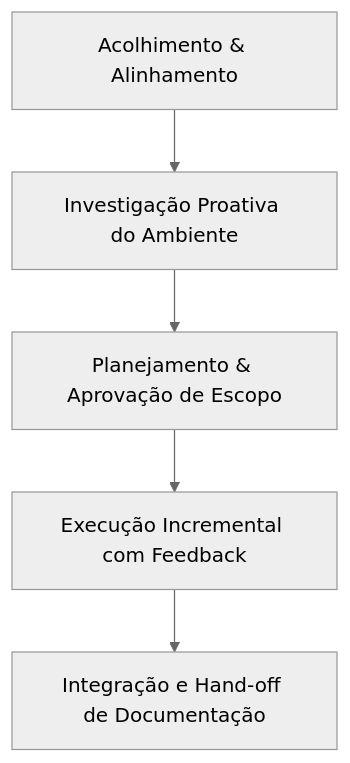
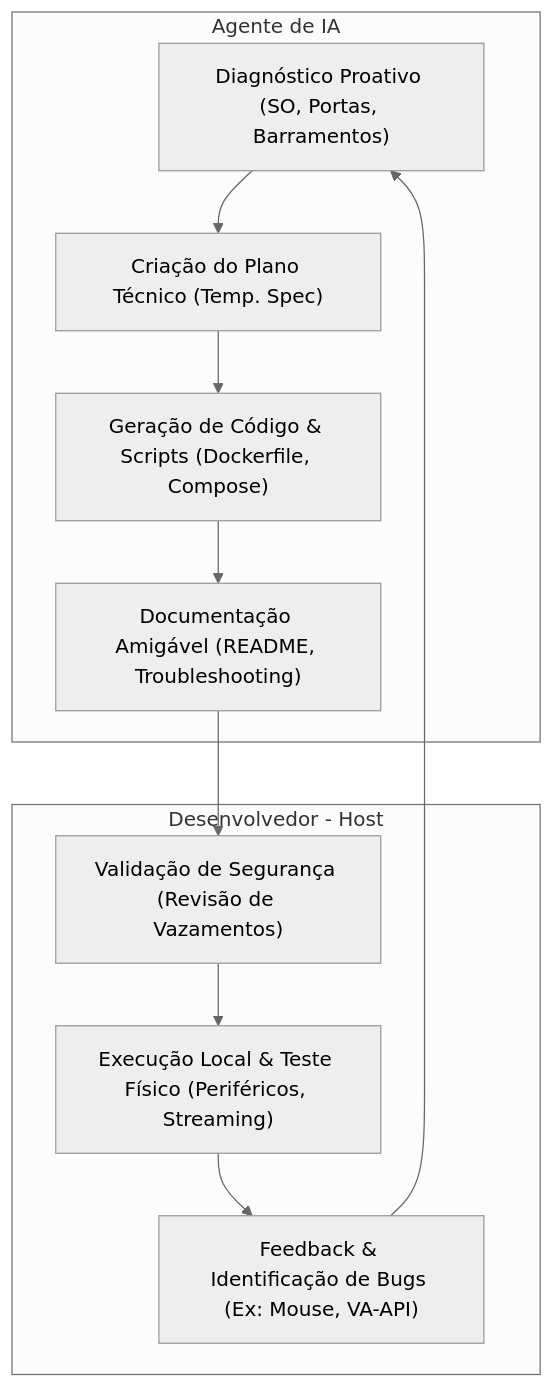
One commit to KauanAmorim/AstroPod-Chiaki changed the diagram in ai_interaction_spec.md. Above: the diagram before and after it, drawn with Mermaid (neutral theme). The commit also changed other lines of this file, not shown here.

Commit message:
Upgrade to ai_interaction_spec.md v2.0 with detailed udev and hardware decode patterns

````diff
--- a/ai_interaction_spec.md
+++ b/ai_interaction_spec.md
@@ -9,7 +12,16 @@
 ```mermaid
 graph TD
-    A[Acolhimento & Alinhamento] --> B[Investigação Proativa do Ambiente]
-    B --> C[Planejamento & Aprovação de Escopo]
-    C --> D[Execução Incremental com Feedback]
-    D --> E[Integração e Hand-off de Documentação]
+    subgraph IA [Agente de IA]
+        A["Diagnóstico Proativo (SO, Portas, Barramentos)"] --> B["Criação do Plano Técnico (Temp. Spec)"]
+        B --> C["Geração de Código & Scripts (Dockerfile, Compose)"]
+        C --> D["Documentação Amigável (README, Troubleshooting)"]
+    end
+
+    subgraph Humano [Desenvolvedor - Host]
+        H1["Validação de Segurança (Revisão de Vazamentos)"] --> H2["Execução Local & Teste Físico (Periféricos, Streaming)"]
+        H2 --> H3["Feedback & Identificação de Bugs (Ex: Mouse, VA-API)"]
+    end
+
+    D --> H1
+    H3 --> A
 ```
````
